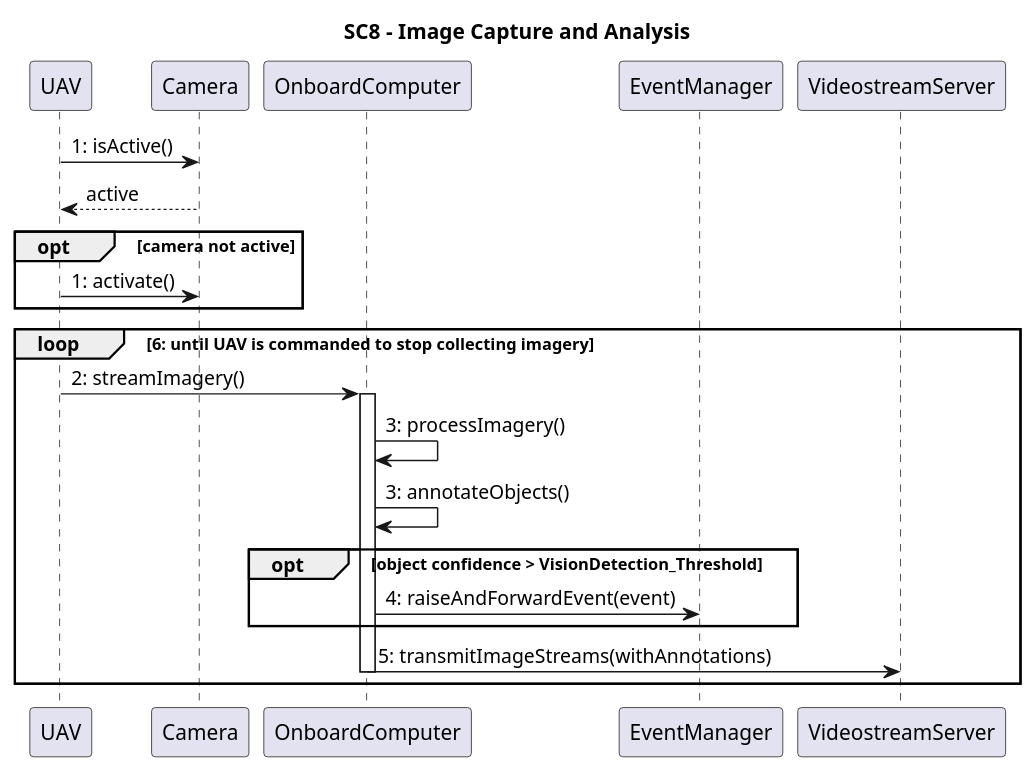
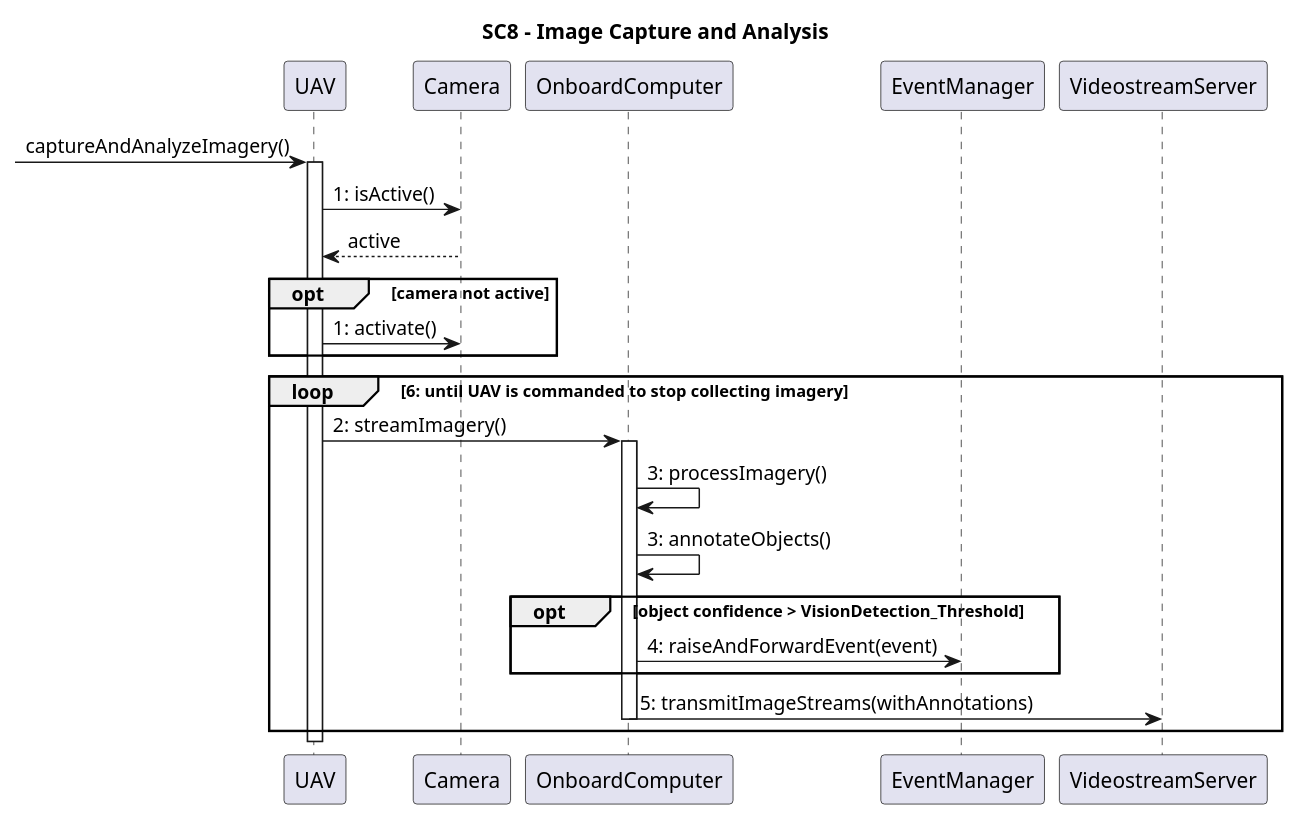
One commit to RathbergerJakob/e3-soft-eng changed the diagram in reworked/sc8.puml. Above: the diagram before and after it, drawn with PlantUML. The commit also changed 9 other files, not shown here.

```diff
--- a/reworked/sc8.puml
+++ b/reworked/sc8.puml
@@ -1,29 +1,33 @@
 @startuml
 title SC8 – Image Capture and Analysis
 
 participant UAV
 participant Camera
 participant OnboardComputer
 participant EventManager
 participant VideostreamServer
+
+[-> UAV : captureAndAnalyzeImagery()
+activate UAV
 
 UAV -> Camera : 1: isActive()
 Camera --> UAV : active
 opt camera not active
   UAV -> Camera : 1: activate()
 end
 
 loop 6: until UAV is commanded to stop collecting imagery
   UAV -> OnboardComputer : 2: streamImagery()
   activate OnboardComputer
   OnboardComputer -> OnboardComputer : 3: processImagery()
   OnboardComputer -> OnboardComputer : 3: annotateObjects()
 
   opt object confidence > VisionDetection_Threshold
     OnboardComputer -> EventManager : 4: raiseAndForwardEvent(event)
   end
 
   OnboardComputer -> VideostreamServer : 5: transmitImageStreams(withAnnotations)
   deactivate OnboardComputer
 end
+deactivate UAV
 @enduml
```
